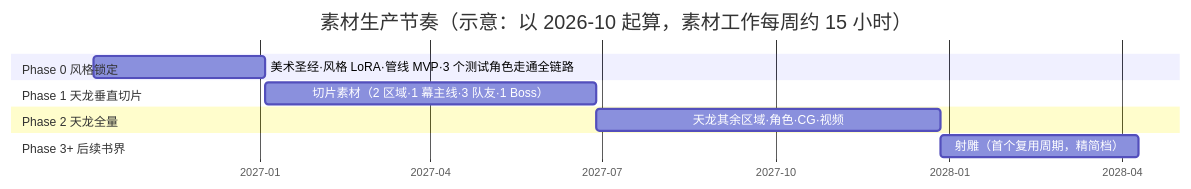
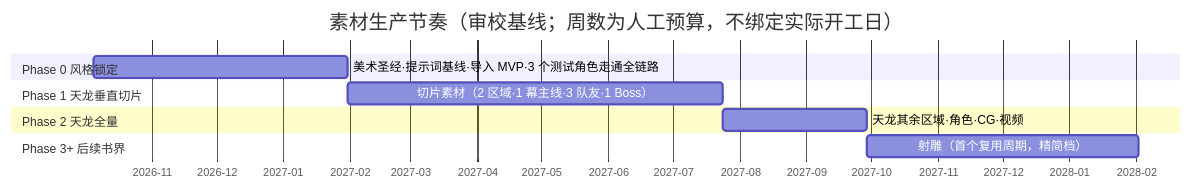
Before and after one commit to radarxc/jinyongqunxia: the second of 8 diagrams in docs/tech/07-asset-generation.md, drawn with Mermaid. The commit also changed other lines of this file and 1 other file, not shown here.

````diff
--- a/docs/tech/07-asset-generation.md
+++ b/docs/tech/07-asset-generation.md
@@ -401,14 +417,14 @@
 ```mermaid
 gantt
-  title 素材生产节奏（示意：以 2026-10 起算，素材工作每周约 15 小时）
+  title 素材生产节奏（审校基线；周数为人工预算，不绑定实际开工日）
   dateFormat YYYY-MM-DD
   axisFormat %Y-%m
   section Phase 0 风格锁定
-  美术圣经·风格 LoRA·管线 MVP·3 个测试角色走通全链路 :p0, 2026-10-05, 91d
+  美术圣经·提示词基线·导入 MVP·3 个测试角色走通全链路 :p0, 2026-10-05, 118d
   section Phase 1 天龙垂直切片
-  切片素材（2 区域·1 幕主线·3 队友·1 Boss） :p1, after p0, 175d
+  切片素材（2 区域·1 幕主线·3 队友·1 Boss） :p1, after p0, 174d
   section Phase 2 天龙全量
-  天龙其余区域·角色·CG·视频 :p2, after p1, 182d
+  天龙其余区域·角色·CG·视频 :p2, after p1, 67d
   section Phase 3+ 后续书界
-  射雕（首个复用周期，精简档） :p3, after p2, 105d
+  射雕（首个复用周期，精简档） :p3, after p2, 126d
 ```
````
